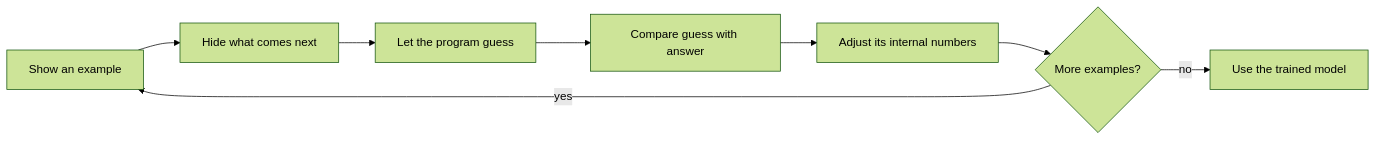
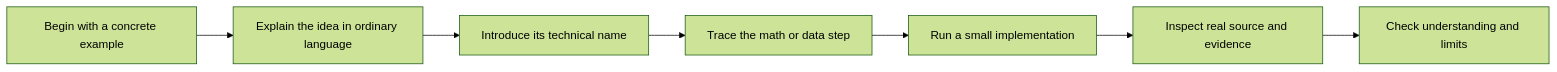
The diagram in docs/index.md (ColtMercer/open-llm-engineering), drawn with Mermaid (forest theme) before and after one commit. The commit also changed other lines of this file and 8 other files, not shown here.

````diff
--- a/docs/index.md
+++ b/docs/index.md
@@ -33,10 +52,9 @@
 ```mermaid
 flowchart LR
-    Examples[Show an example] --> Hide[Hide what comes next]
-    Hide --> Guess[Let the program guess]
-    Guess --> Compare[Compare guess with answer]
-    Compare --> Adjust[Adjust its internal numbers]
-    Adjust --> More{More examples?}
-    More -- yes --> Examples
-    More -- no --> Ready[Use the trained model]
+    A[Begin with a concrete example] --> B[Explain the idea in ordinary language]
+    B --> C[Introduce its technical name]
+    C --> D[Trace the math or data step]
+    D --> E[Run a small implementation]
+    E --> F[Inspect real source and evidence]
+    F --> G[Check understanding and limits]
 ```
````
